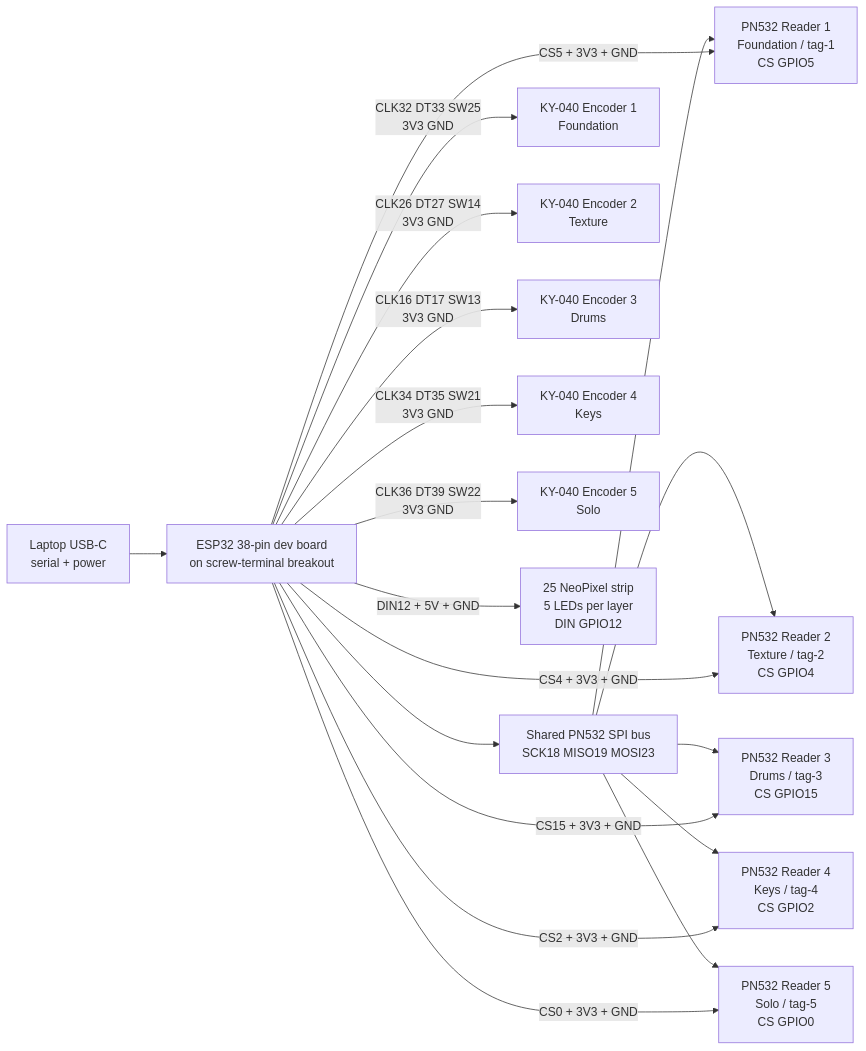
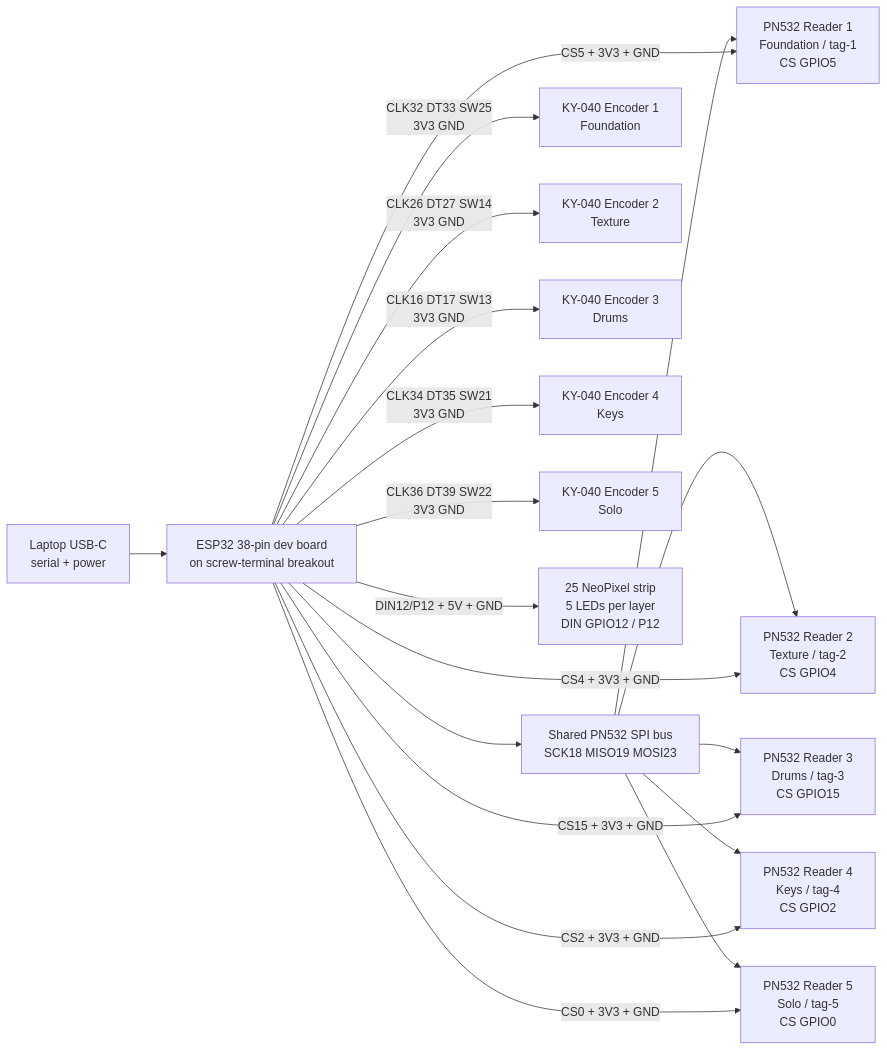
The diagram in current/docs/hardware-wiring.md (adiind/dpi-layered-music-maker), drawn with Mermaid before and after one commit. The commit also changed other lines of this file and 3 other files, not shown here.

````diff
--- a/current/docs/hardware-wiring.md
+++ b/current/docs/hardware-wiring.md
@@ -59,36 +59,36 @@
 ```mermaid
 flowchart LR
   ESP["ESP32 38-pin dev board<br/>on screw-terminal breakout"]
   USB["Laptop USB-C<br/>serial + power"]
   BUS["Shared PN532 SPI bus<br/>SCK18 MISO19 MOSI23"]
   R1["PN532 Reader 1<br/>Foundation / tag-1<br/>CS GPIO5"]
   R2["PN532 Reader 2<br/>Texture / tag-2<br/>CS GPIO4"]
   R3["PN532 Reader 3<br/>Drums / tag-3<br/>CS GPIO15"]
   R4["PN532 Reader 4<br/>Keys / tag-4<br/>CS GPIO2"]
   R5["PN532 Reader 5<br/>Solo / tag-5<br/>CS GPIO0"]
   E1["KY-040 Encoder 1<br/>Foundation"]
   E2["KY-040 Encoder 2<br/>Texture"]
   E3["KY-040 Encoder 3<br/>Drums"]
   E4["KY-040 Encoder 4<br/>Keys"]
   E5["KY-040 Encoder 5<br/>Solo"]
-  LED["25 NeoPixel strip<br/>5 LEDs per layer<br/>DIN GPIO12"]
+  LED["25 NeoPixel strip<br/>5 LEDs per layer<br/>DIN GPIO12 / P12"]
 
   USB --> ESP
   ESP --> BUS
   BUS --> R1
   BUS --> R2
   BUS --> R3
   BUS --> R4
   BUS --> R5
   ESP -- "CS5 + 3V3 + GND" --> R1
   ESP -- "CS4 + 3V3 + GND" --> R2
   ESP -- "CS15 + 3V3 + GND" --> R3
   ESP -- "CS2 + 3V3 + GND" --> R4
   ESP -- "CS0 + 3V3 + GND" --> R5
   ESP -- "CLK32 DT33 SW25<br/>3V3 GND" --> E1
   ESP -- "CLK26 DT27 SW14<br/>3V3 GND" --> E2
   ESP -- "CLK16 DT17 SW13<br/>3V3 GND" --> E3
   ESP -- "CLK34 DT35 SW21<br/>3V3 GND" --> E4
   ESP -- "CLK36 DT39 SW22<br/>3V3 GND" --> E5
-  ESP -- "DIN12 + 5V + GND" --> LED
+  ESP -- "DIN12/P12 + 5V + GND" --> LED
 ```
````
